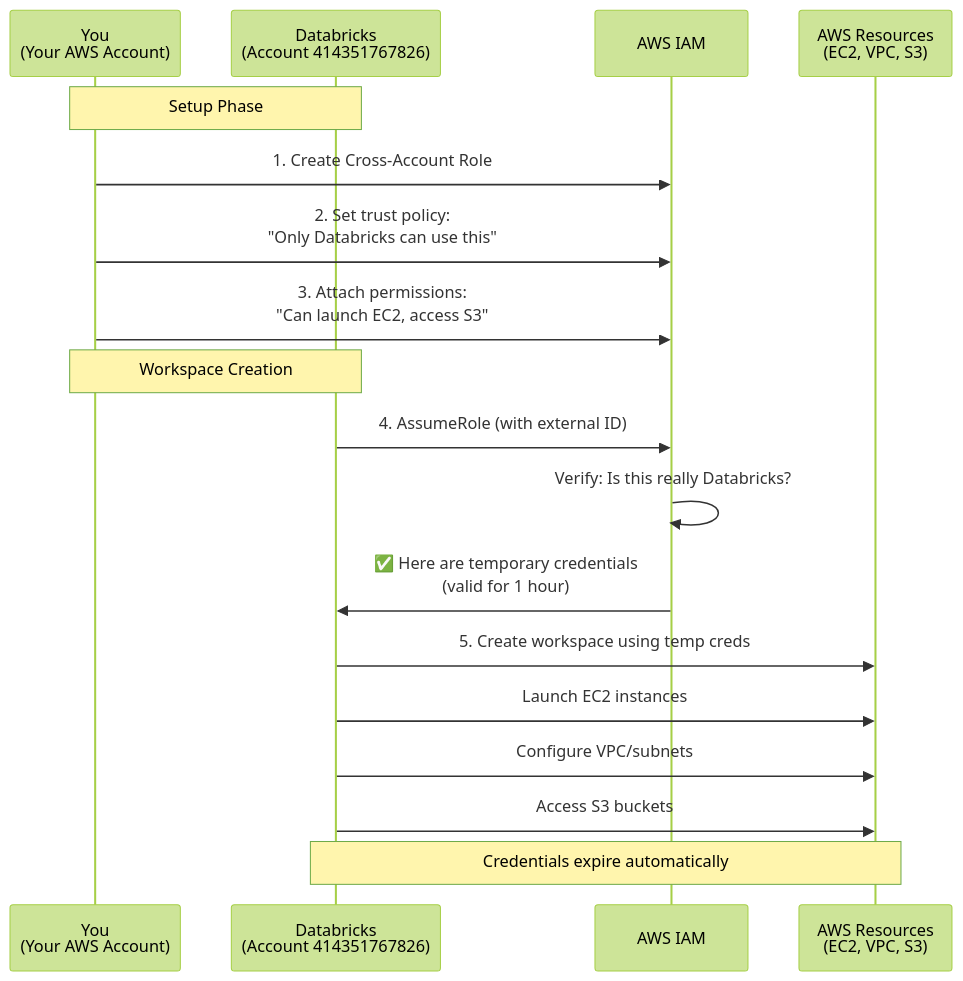
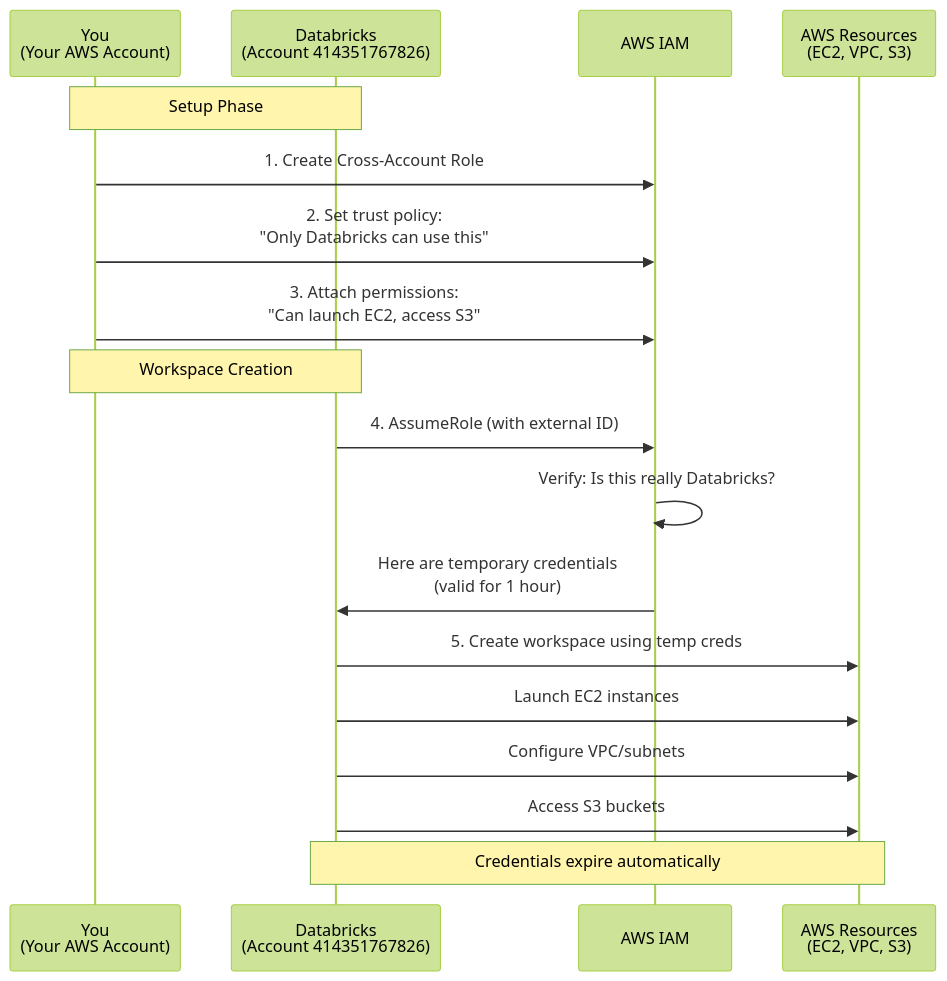
Before and after one commit to bhavink/databricks: the second of 21 diagrams in guides/identities.md, drawn with Mermaid (forest theme). The commit also changed other lines of this file and 81 other files, not shown here.

````diff
--- a/guides/identities.md
+++ b/guides/identities.md
@@ -75,24 +75,24 @@
 ```mermaid
 sequenceDiagram
     participant You as You<br/>(Your AWS Account)
     participant DB as Databricks<br/>(Account 414351767826)
     participant IAM as AWS IAM
     participant Resources as AWS Resources<br/>(EC2, VPC, S3)
 
     Note over You,DB: Setup Phase
     You->>IAM: 1. Create Cross-Account Role
     You->>IAM: 2. Set trust policy:<br/>"Only Databricks can use this"
     You->>IAM: 3. Attach permissions:<br/>"Can launch EC2, access S3"
 
     Note over You,DB: Workspace Creation
     DB->>IAM: 4. AssumeRole (with external ID)
     IAM->>IAM: Verify: Is this really Databricks?
-    IAM->>DB: ✅ Here are temporary credentials<br/>(valid for 1 hour)
+    IAM->>DB: Here are temporary credentials<br/>(valid for 1 hour)
 
     DB->>Resources: 5. Create workspace using temp creds
     DB->>Resources: Launch EC2 instances
     DB->>Resources: Configure VPC/subnets
     DB->>Resources: Access S3 buckets
 
     Note over DB,Resources: Credentials expire automatically
 ```
````
